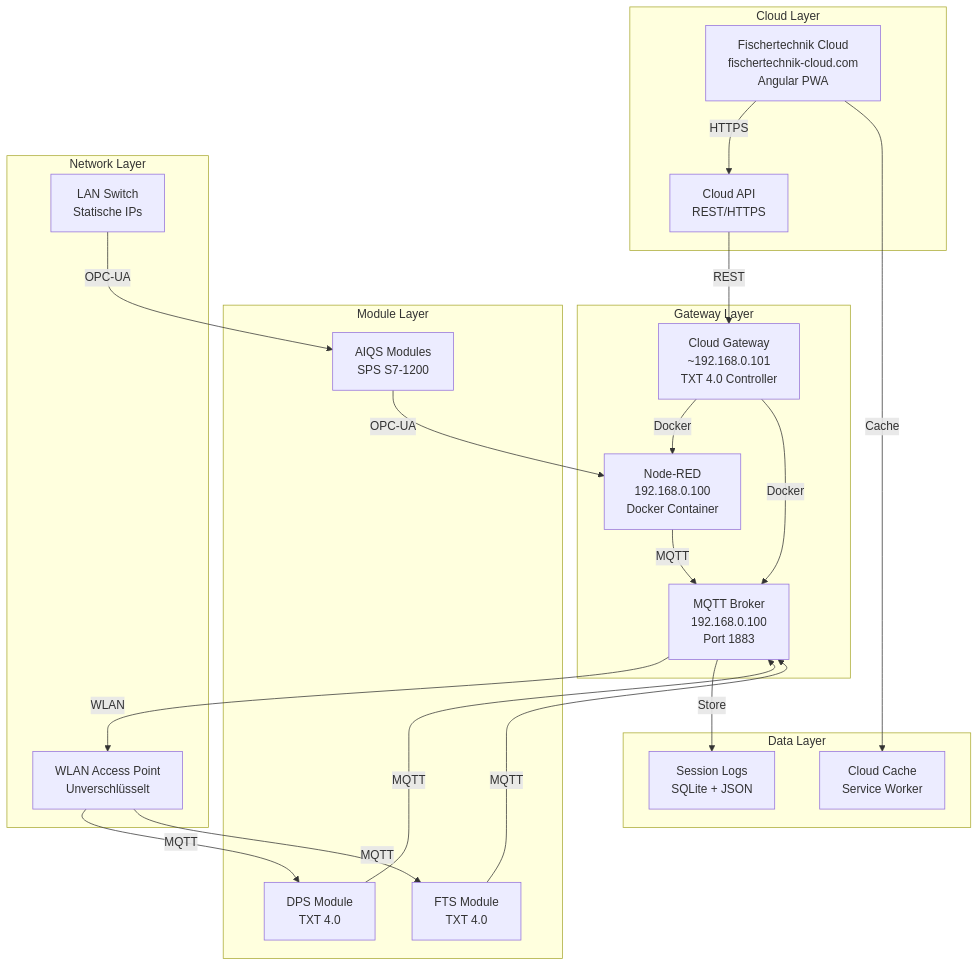
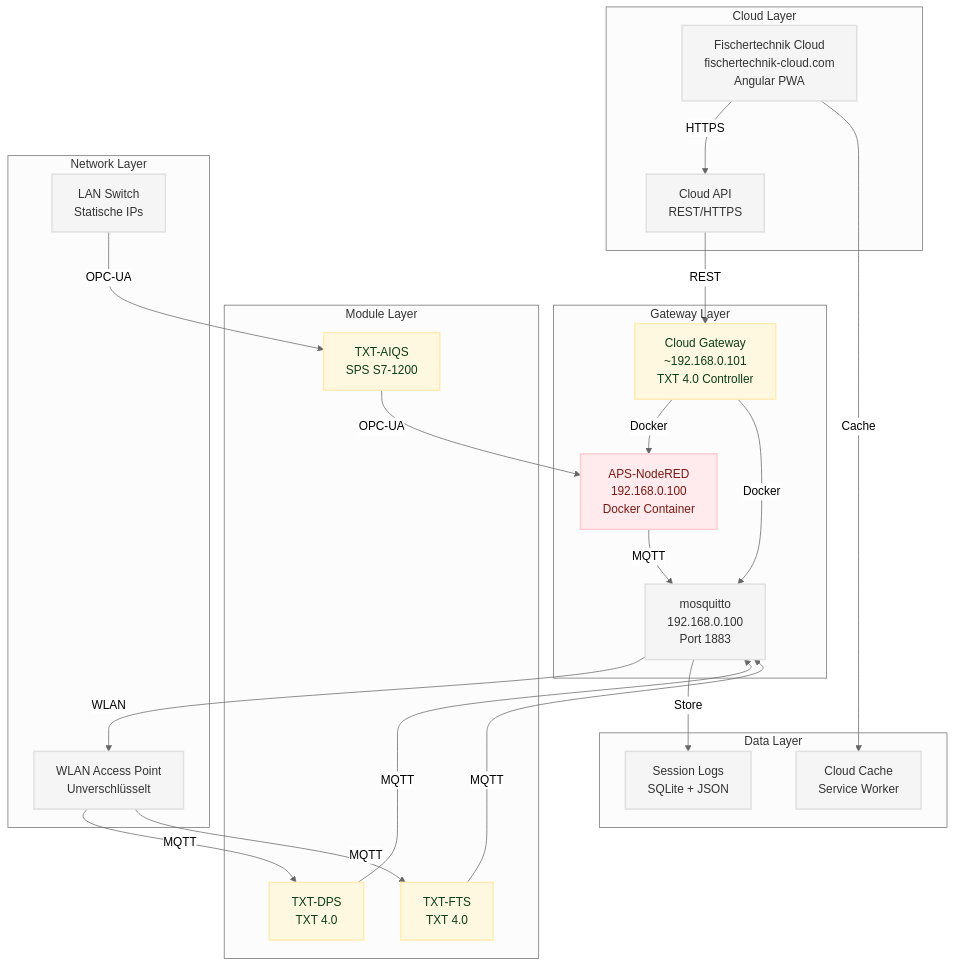
The third of 4 diagrams in docs/02-architecture/aps-data-flow.md (OliverBerger-ORBIS/ORBIS-Modellfabrik), drawn with Mermaid before and after one commit. The commit also changed other lines of this file and 12 other files, not shown here.

````diff
--- a/docs/02-architecture/aps-data-flow.md
+++ b/docs/02-architecture/aps-data-flow.md
@@ -107,47 +122,53 @@
 ```mermaid
+%%{init: {'theme':'neutral'}}%%
 graph TB
+classDef orbis fill:#e3f2fd,stroke:#bbdefb,stroke-width:2px,color:#0b2e59;
+classDef fthardware fill:#fff8e1,stroke:#ffecb3,stroke-width:2px,color:#0b3d16;
+classDef ftsoftware fill:#ffebee,stroke:#ffcdd2,stroke-width:2px,color:#7a1a14;
+classDef external fill:#f5f5f5,stroke:#e0e0e0,stroke-width:2px,color:#333;
+
     subgraph "Cloud Layer"
-        FTC[Fischertechnik Cloud<br/>fischertechnik-cloud.com<br/>Angular PWA]
-        API[Cloud API<br/>REST/HTTPS]
+        FTC[Fischertechnik Cloud<br/>fischertechnik-cloud.com<br/>Angular PWA]:::external
+        API[Cloud API<br/>REST/HTTPS]:::external
     end
     
     subgraph "Gateway Layer"
-        CG[Cloud Gateway<br/>~192.168.0.101<br/>TXT 4.0 Controller]
-        NR[Node-RED<br/>192.168.0.100<br/>Docker Container]
-        MQTT[MQTT Broker<br/>192.168.0.100<br/>Port 1883]
+        CG[Cloud Gateway<br/>~192.168.0.101<br/>TXT 4.0 Controller]:::fthardware
+        NR[APS-NodeRED<br/>192.168.0.100<br/>Docker Container]:::ftsoftware
+        MQTT[mosquitto<br/>192.168.0.100<br/>Port 1883]:::external
     end
     
     subgraph "Module Layer"
-        DPS[DPS Module<br/>TXT 4.0]
-        FTS[FTS Module<br/>TXT 4.0]
-        AIQS[AIQS Modules<br/>SPS S7-1200]
+        DPS[TXT-DPS<br/>TXT 4.0]:::fthardware
+        FTS[TXT-FTS<br/>TXT 4.0]:::fthardware
+        AIQS[TXT-AIQS<br/>SPS S7-1200]:::fthardware
     end
     
     subgraph "Network Layer"
-        WLAN[WLAN Access Point<br/>Unverschlüsselt]
-        LAN[LAN Switch<br/>Statische IPs]
+        WLAN[WLAN Access Point<br/>Unverschlüsselt]:::external
+        LAN[LAN Switch<br/>Statische IPs]:::external
     end
     
     subgraph "Data Layer"
-        LOGS[Session Logs<br/>SQLite + JSON]
-        CACHE[Cloud Cache<br/>Service Worker]
+        LOGS[Session Logs<br/>SQLite + JSON]:::external
+        CACHE[Cloud Cache<br/>Service Worker]:::external
     end
     
     FTC -->|HTTPS| API
     API -->|REST| CG
     CG -->|Docker| NR
     CG -->|Docker| MQTT
     NR -->|MQTT| MQTT
     
     MQTT -->|WLAN| WLAN
     WLAN -->|MQTT| DPS
     WLAN -->|MQTT| FTS
     LAN -->|OPC-UA| AIQS
     
     MQTT -->|Store| LOGS
     FTC -->|Cache| CACHE
     
     DPS -->|MQTT| MQTT
     FTS -->|MQTT| MQTT
     AIQS -->|OPC-UA| NR
 ```
````
